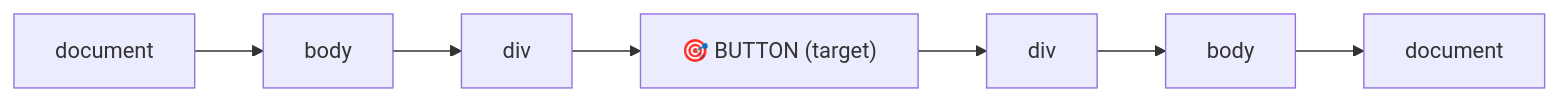
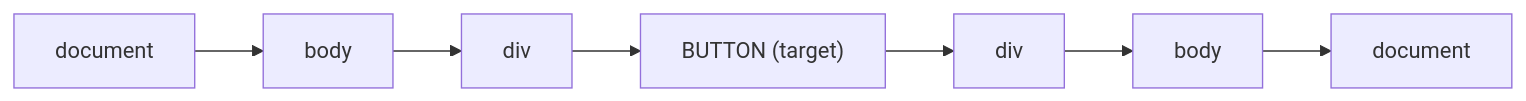
One commit to DipanPramanik098/Thunder-100-Days-Of-Code changed diagram 12 of 19 in _01_JavaScript/JavaScript.md. Above: the diagram before and after it, drawn with Mermaid. The commit also changed other lines of this file, not shown here.

````diff
--- a/_01_JavaScript/JavaScript.md
+++ b/_01_JavaScript/JavaScript.md
@@ -553,5 +553,5 @@
 ```mermaid
 flowchart LR
-    doc1["document"] --> body1["body"] --> div1["div"] --> btn["🎯 BUTTON (target)"]
+    doc1["document"] --> body1["body"] --> div1["div"] --> btn["BUTTON (target)"]
     btn --> div2["div"] --> body2["body"] --> doc2["document"]
 ```
````
